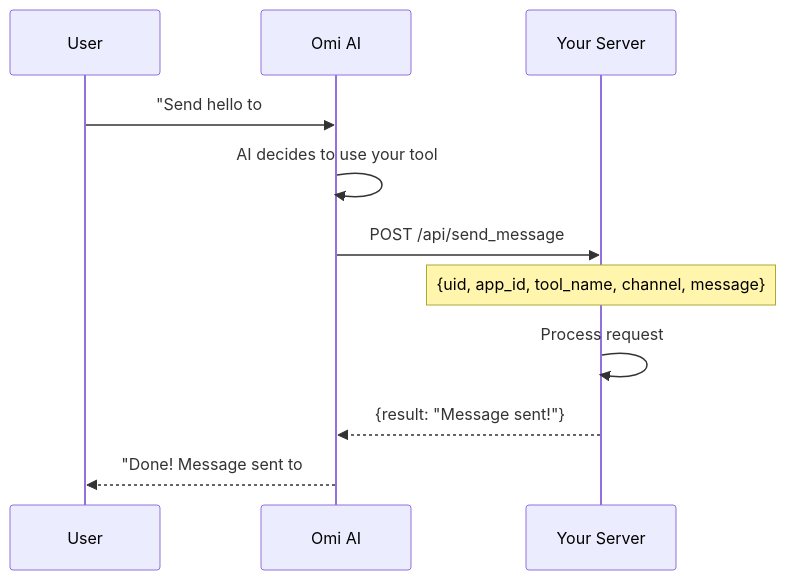
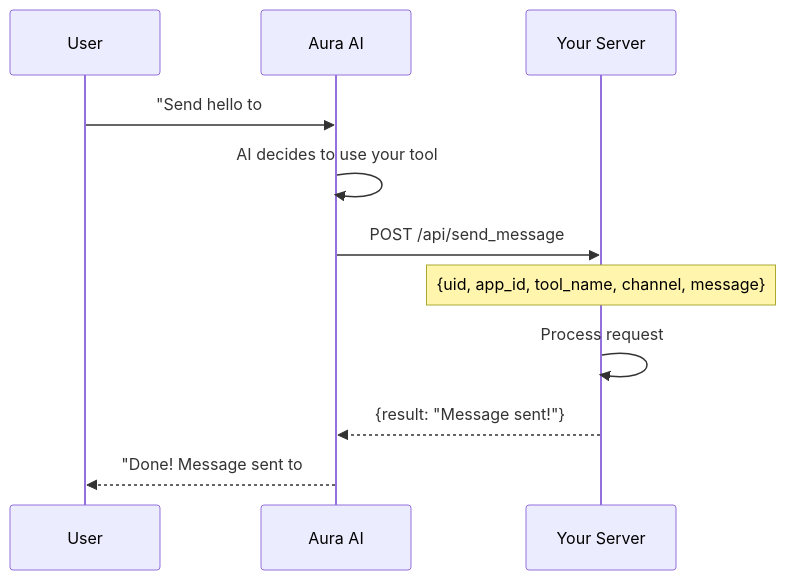
Before and after one commit to thesohamdatta/Aura-Wearable-AI: the diagram in docs/doc/developer/apps/ChatTools.mdx, drawn with Mermaid. The commit also changed other lines of this file and 161 other files, not shown here.

Commit message:
chore: sanitize Omi branding to Aura across repository

````diff
--- a/docs/doc/developer/apps/ChatTools.mdx
+++ b/docs/doc/developer/apps/ChatTools.mdx
@@ -37,14 +37,14 @@
 ```mermaid
 sequenceDiagram
     participant U as User
-    participant O as Omi AI
+    participant O as Aura AI
     participant Y as Your Server
 
     U->>O: "Send hello to #general"
     O->>O: AI decides to use your tool
     O->>Y: POST /api/send_message
     Note over Y: {uid, app_id, tool_name, channel, message}
     Y->>Y: Process request
     Y-->>O: {result: "Message sent!"}
     O-->>U: "Done! Message sent to #general"
 ```
````
